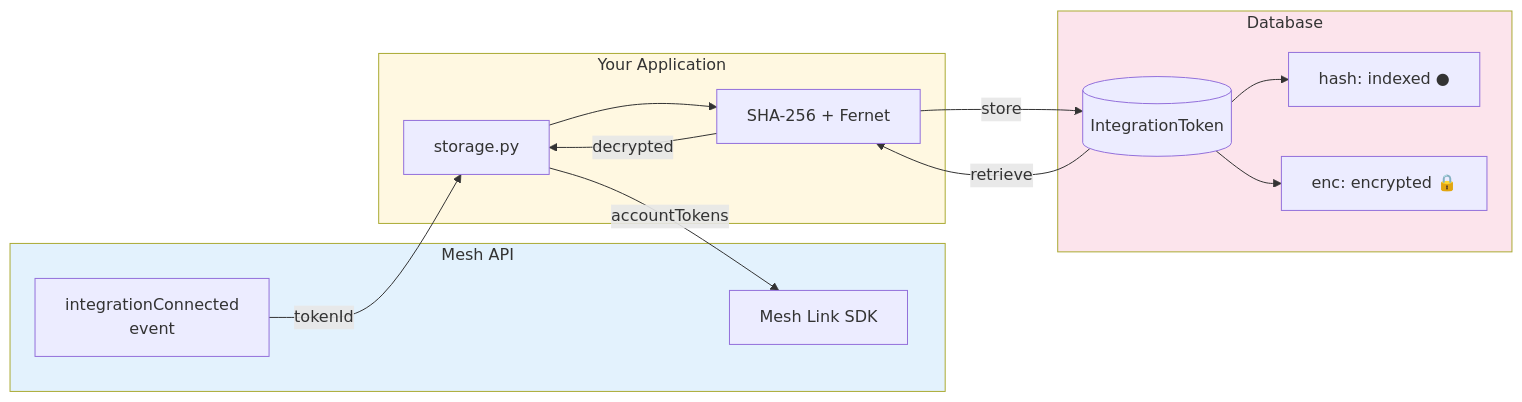
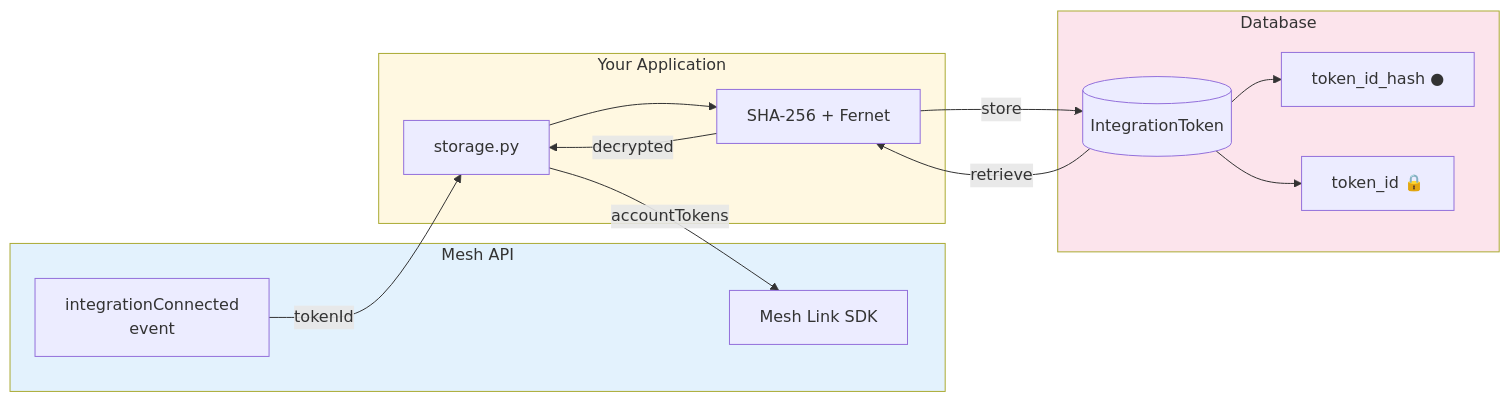
Before and after one commit to bp-ventures/meshc: the fifth of 5 diagrams in docs/PLAN_MMT_ENCRYPTION.md, drawn with Mermaid. The commit also changed other lines of this file, not shown here.

````diff
--- a/docs/PLAN_MMT_ENCRYPTION.md
+++ b/docs/PLAN_MMT_ENCRYPTION.md
@@ -128,31 +119,31 @@
 ```mermaid
 flowchart LR
     subgraph Mesh[Mesh API]
         M1[integrationConnected<br/>event]
         M2[Mesh Link SDK]
     end
 
     subgraph App[Your Application]
         A1[storage.py]
         A2[SHA-256 + Fernet]
     end
 
     subgraph DB[Database]
         D1[(IntegrationToken)]
-        D2[hash: indexed ●]
-        D3[enc: encrypted 🔒]
+        D2[token_id_hash ●]
+        D3[token_id 🔒]
     end
 
     M1 -->|tokenId| A1
     A1 --> A2
     A2 -->|store| D1
     D1 --> D2
     D1 --> D3
     D1 -->|retrieve| A2
     A2 -->|decrypted| A1
     A1 -->|accountTokens| M2
 
     style Mesh fill:#e3f2fd
     style App fill:#fff8e1
     style DB fill:#fce4ec
 ```
````
